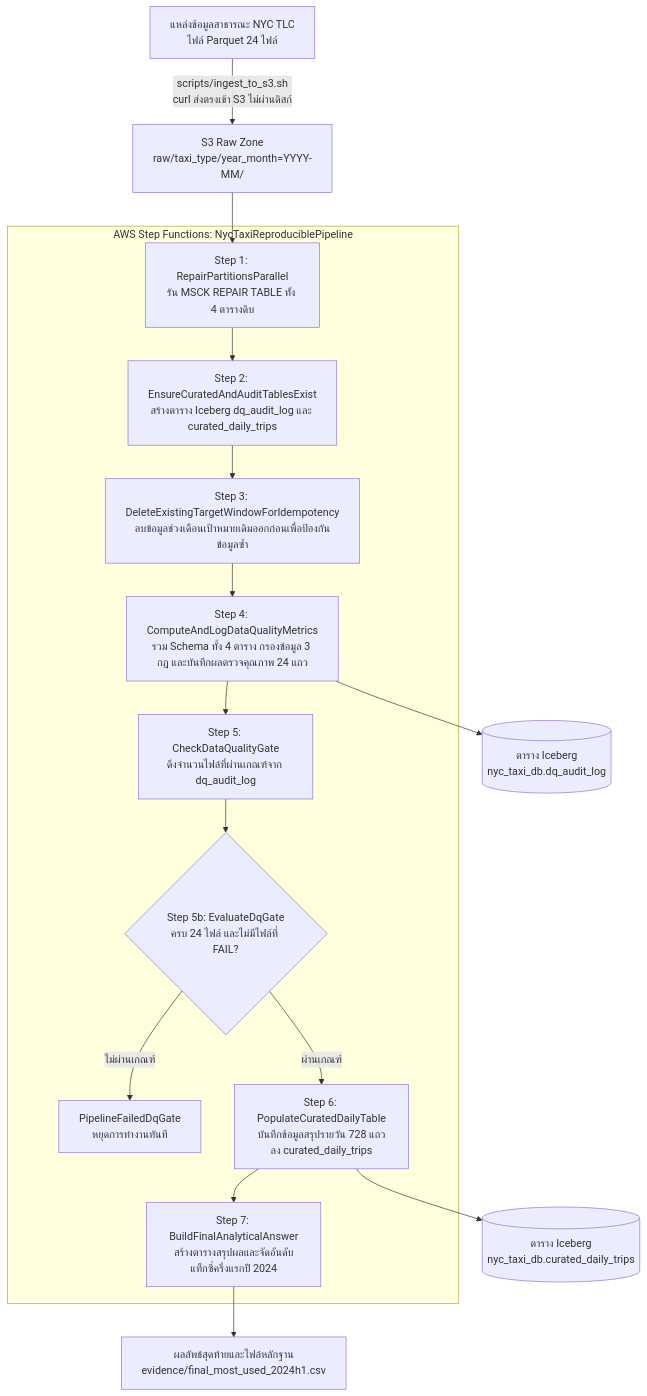
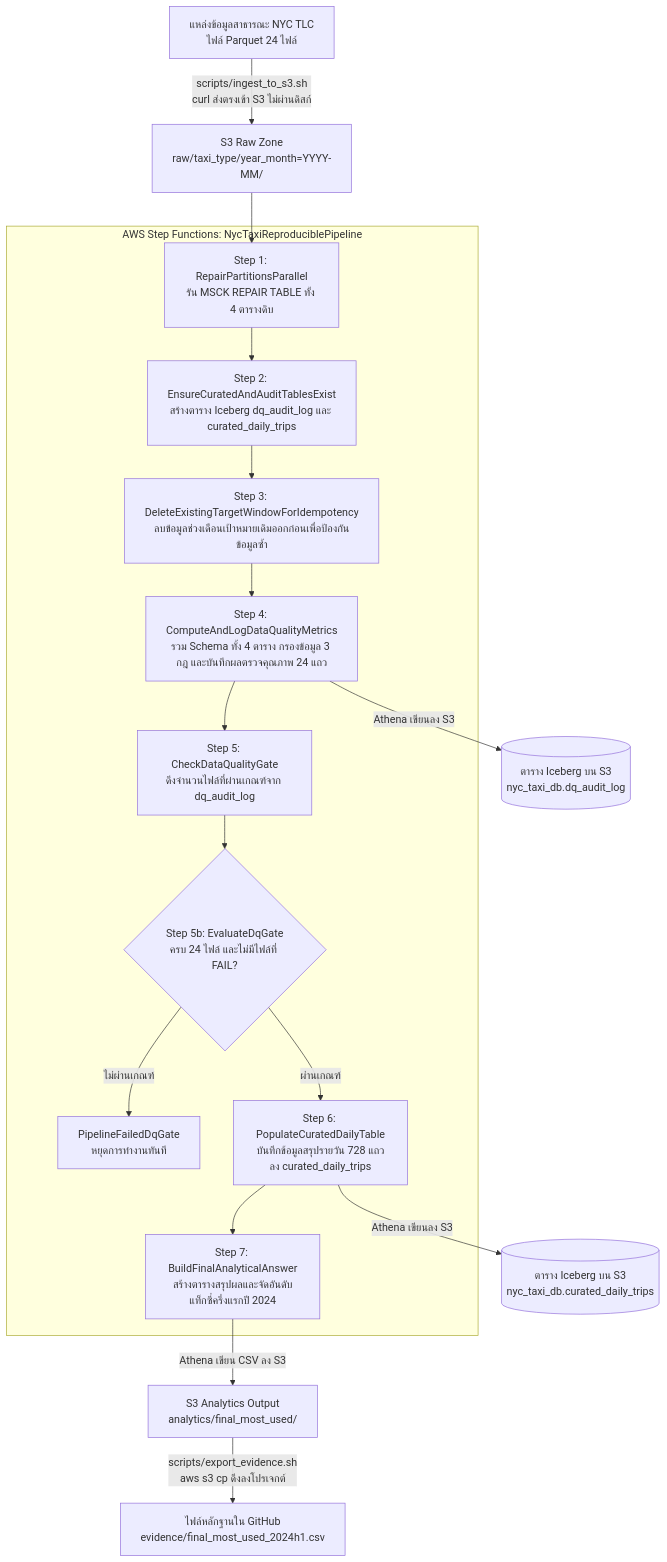
One commit to PhurinKaewpuangsek/Taxianalysis changed the diagram in README.md. Above: the diagram before and after it, drawn with Mermaid.

Commit message:
Clarify Athena S3 Iceberg storage and export_evidence flow in diagram

````diff
--- a/README.md
+++ b/README.md
@@ -38,25 +38,26 @@
 ```mermaid
 flowchart TD
     CF["แหล่งข้อมูลสาธารณะ NYC TLC\nไฟล์ Parquet 24 ไฟล์"] -->|"scripts/ingest_to_s3.sh\ncurl ส่งตรงเข้า S3 ไม่ผ่านดิสก์"| RAW["S3 Raw Zone\nraw/taxi_type/year_month=YYYY-MM/"]
 
     subgraph SFN["AWS Step Functions: NycTaxiReproduciblePipeline"]
         S1["Step 1: RepairPartitionsParallel\nรัน MSCK REPAIR TABLE ทั้ง 4 ตารางดิบ"]
         S2["Step 2: EnsureCuratedAndAuditTablesExist\nสร้างตาราง Iceberg dq_audit_log และ curated_daily_trips"]
         S3["Step 3: DeleteExistingTargetWindowForIdempotency\nลบข้อมูลช่วงเดือนเป้าหมายเดิมออกก่อนเพื่อป้องกันข้อมูลซ้ำ"]
         S4["Step 4: ComputeAndLogDataQualityMetrics\nรวม Schema ทั้ง 4 ตาราง กรองข้อมูล 3 กฎ และบันทึกผลตรวจคุณภาพ 24 แถว"]
         S5["Step 5: CheckDataQualityGate\nดึงจำนวนไฟล์ที่ผ่านเกณฑ์จาก dq_audit_log"]
         S6{"Step 5b: EvaluateDqGate\nครบ 24 ไฟล์ และไม่มีไฟล์ที่ FAIL?"}
         FAIL["PipelineFailedDqGate\nหยุดการทำงานทันที"]
         S7["Step 6: PopulateCuratedDailyTable\nบันทึกข้อมูลสรุปรายวัน 728 แถวลง curated_daily_trips"]
         S8["Step 7: BuildFinalAnalyticalAnswer\nสร้างตารางสรุปผลและจัดอันดับแท็กซี่ครึ่งแรกปี 2024"]
 
         S1 --> S2 --> S3 --> S4 --> S5 --> S6
         S6 -- "ผ่านเกณฑ์" --> S7 --> S8
         S6 -- "ไม่ผ่านเกณฑ์" --> FAIL
     end
 
     RAW --> S1
-    S4 --> ICE_DQ[("ตาราง Iceberg\nnyc_taxi_db.dq_audit_log")]
-    S7 --> ICE_CUR[("ตาราง Iceberg\nnyc_taxi_db.curated_daily_trips")]
-    S8 --> MART["ผลลัพธ์สุดท้ายและไฟล์หลักฐาน\nevidence/final_most_used_2024h1.csv"]
+    S4 -->|"Athena เขียนลง S3"| ICE_DQ[("ตาราง Iceberg บน S3\nnyc_taxi_db.dq_audit_log")]
+    S7 -->|"Athena เขียนลง S3"| ICE_CUR[("ตาราง Iceberg บน S3\nnyc_taxi_db.curated_daily_trips")]
+    S8 -->|"Athena เขียน CSV ลง S3"| S3_MART["S3 Analytics Output\nanalytics/final_most_used/"]
+    S3_MART -->|"scripts/export_evidence.sh\naws s3 cp ดึงลงโปรเจกต์"| MART["ไฟล์หลักฐานใน GitHub\nevidence/final_most_used_2024h1.csv"]
 ```
````
